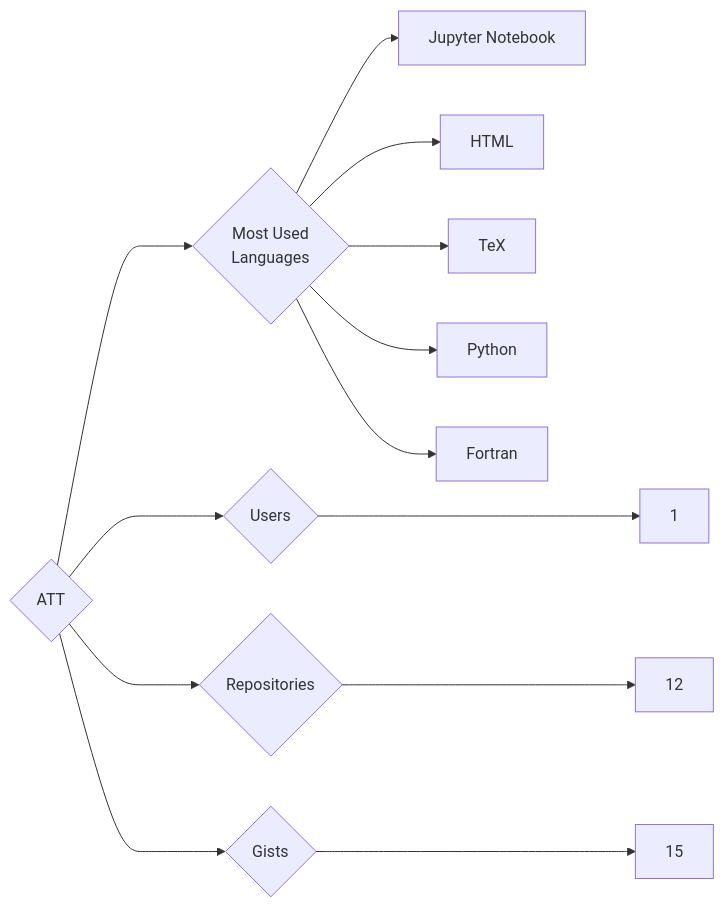
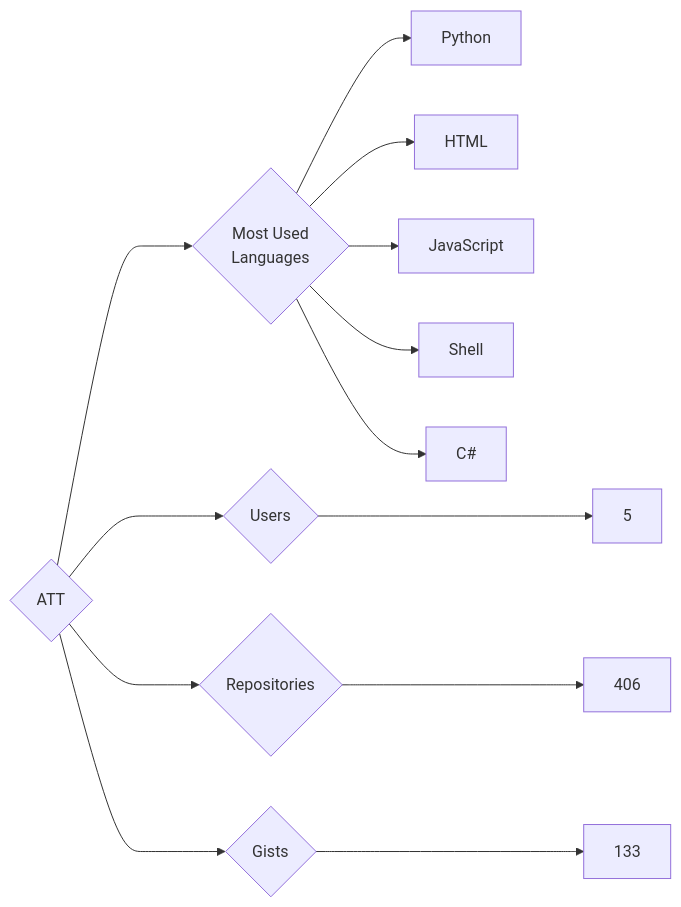
One commit to trickest/insiders changed the diagram in targets/ATT/README.md. Above: the diagram before and after it, drawn with Mermaid. The commit also changed 1036 other files, not shown here.

````diff
--- a/targets/ATT/README.md
+++ b/targets/ATT/README.md
@@ -3,13 +3,13 @@
 ```mermaid
 graph LR
 COMPANY_NAME{ATT}
-COMPANY_NAME ---> U{Users} ---> UN[1]
-COMPANY_NAME ---> R{Repositories} ---> RN[12]
-COMPANY_NAME ---> G{Gists} ---> GN[15]
+COMPANY_NAME ---> U{Users} ---> UN[5]
+COMPANY_NAME ---> R{Repositories} ---> RN[406]
+COMPANY_NAME ---> G{Gists} ---> GN[133]
 COMPANY_NAME ---> ML{Most Used<br>Languages}
-ML --> Jupyter_Notebook[Jupyter Notebook]
+ML --> Python[Python]
 ML --> HTML[HTML]
-ML --> TeX[TeX]
-ML --> Python[Python]
-ML --> Fortran[Fortran]
+ML --> JavaScript[JavaScript]
+ML --> Shell[Shell]
+ML --> C#[C#]
 ```
````
